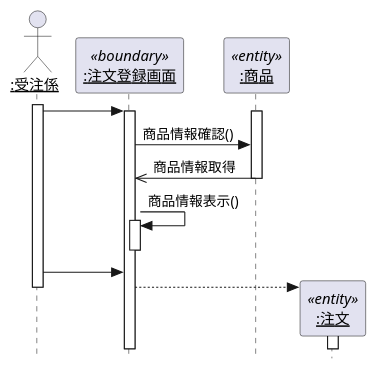
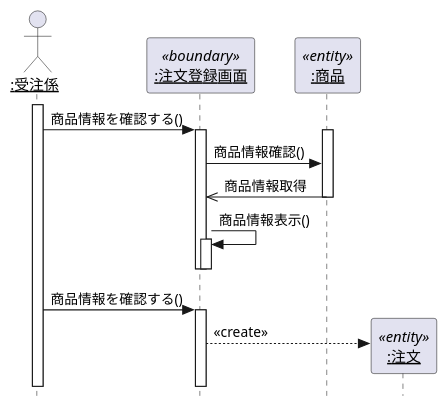
The diagram in 演習4-4_SD_商品注文.pu (yoshiokaharuto/uml-introduction), drawn with PlantUML before and after one commit. The commit also changed 1 other file, not shown here.

```diff
--- a/演習4-4_SD_商品注文.pu
+++ b/演習4-4_SD_商品注文.pu
@@ -1,32 +1,30 @@
 @startuml 演習4-4_SD_商品注文
 
     hide footbox
     ' autonumber /'メッセージに自動で番号を降る '/
     skinparam style strictuml /' 厳密なUMLに準拠する '/
 
     actor "<u>:受注係</u>" as employee
     participant "<u>:注文登録画面</u>" as register <<boundary>>
     participant "<u>:商品</u>" as goods        <<entity>>
 
     activate employee
-       employee -> register 
+       employee -> register :商品情報を確認する()
        activate register
             activate goods
-            register -> goods: 商品情報確認()
-            register  <<- goods: 商品情報取得
+               register -> goods: 商品情報確認()
+               register  <<- goods: 商品情報取得
             deactivate goods
             register -> register: 商品情報表示()
             activate register
+            deactivate register
        deactivate register
 
 
-       employee -> register
-            create "<u>:注文</u>" as entry      <<entity>>
-            register --> entry:
-            activate entry
-            deactivate entry
-            
-    deactivate employee
-
+      employee -> register: 商品情報を確認する()
+      activate register
+          create "<u>:注文</u>" as order       <<entity>>
+          register --> order : <<create>>
+'     deactivate employee
 
 @enduml
```
